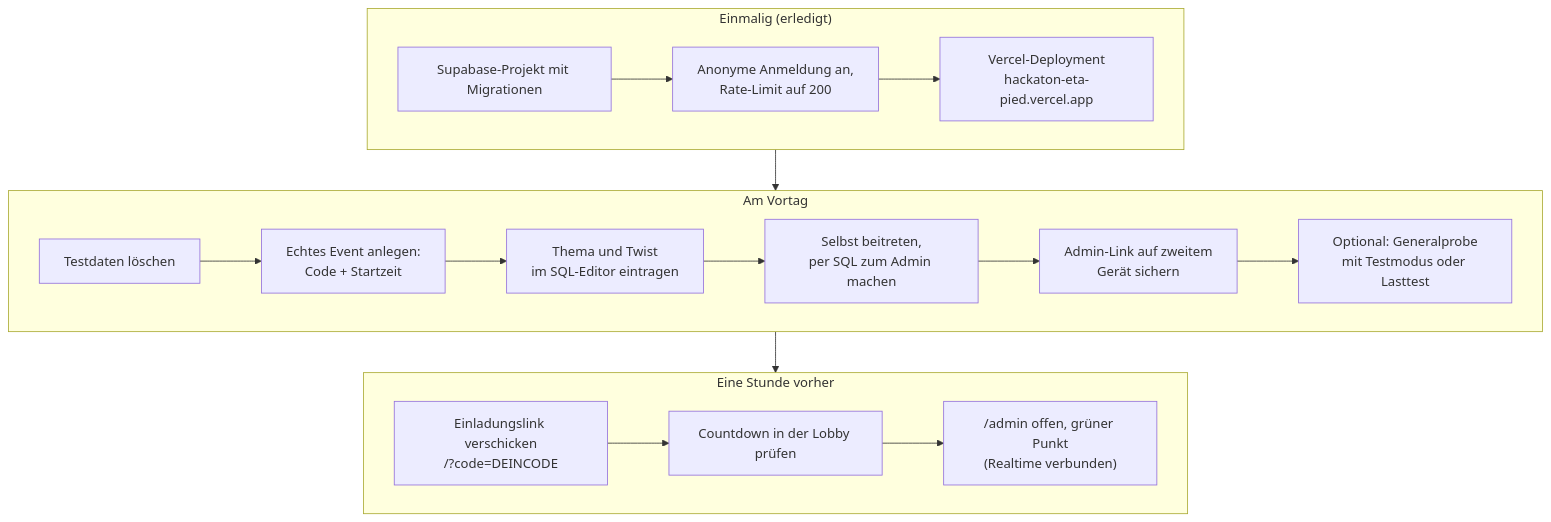
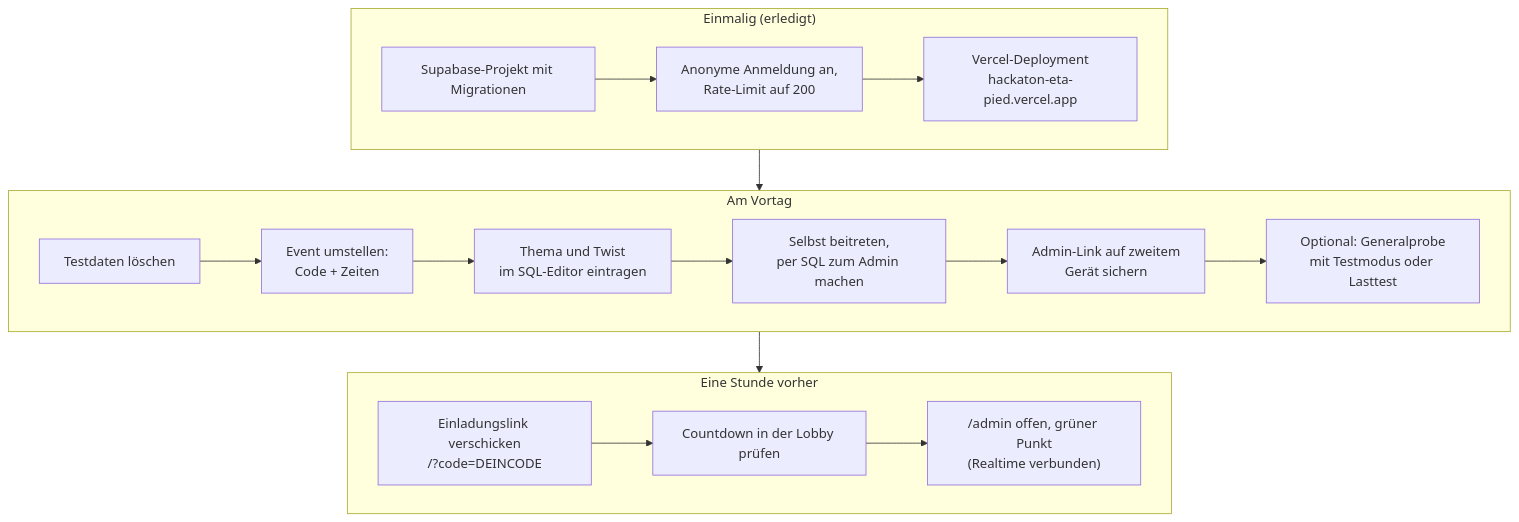
Before and after one commit to Fynnulli/Hackaton: the first of 7 diagrams in docs/ablauf.md, drawn with Mermaid. The commit also changed other lines of this file and 1 other file, not shown here.

````diff
--- a/docs/ablauf.md
+++ b/docs/ablauf.md
@@ -24,22 +24,22 @@
 ```mermaid
 flowchart TD
     subgraph Einmalig["Einmalig (erledigt)"]
         A1[Supabase-Projekt mit Migrationen] --> A2[Anonyme Anmeldung an,<br/>Rate-Limit auf 200]
         A2 --> A3[Vercel-Deployment<br/>hackaton-eta-pied.vercel.app]
     end
 
     subgraph Vortag["Am Vortag"]
-        B1[Testdaten löschen] --> B2[Echtes Event anlegen:<br/>Code + Startzeit]
+        B1[Testdaten löschen] --> B2[Event umstellen:<br/>Code + Zeiten]
         B2 --> B3[Thema und Twist<br/>im SQL-Editor eintragen]
         B3 --> B4[Selbst beitreten,<br/>per SQL zum Admin machen]
         B4 --> B5[Admin-Link auf zweitem<br/>Gerät sichern]
         B5 --> B6[Optional: Generalprobe<br/>mit Testmodus oder Lasttest]
     end
 
     subgraph Stunde["Eine Stunde vorher"]
         C1[Einladungslink verschicken<br/>/?code=DEINCODE] --> C2[Countdown in der Lobby prüfen]
         C2 --> C3["/admin offen, grüner Punkt<br/>(Realtime verbunden)"]
     end
 
     Einmalig --> Vortag --> Stunde
 ```
````
